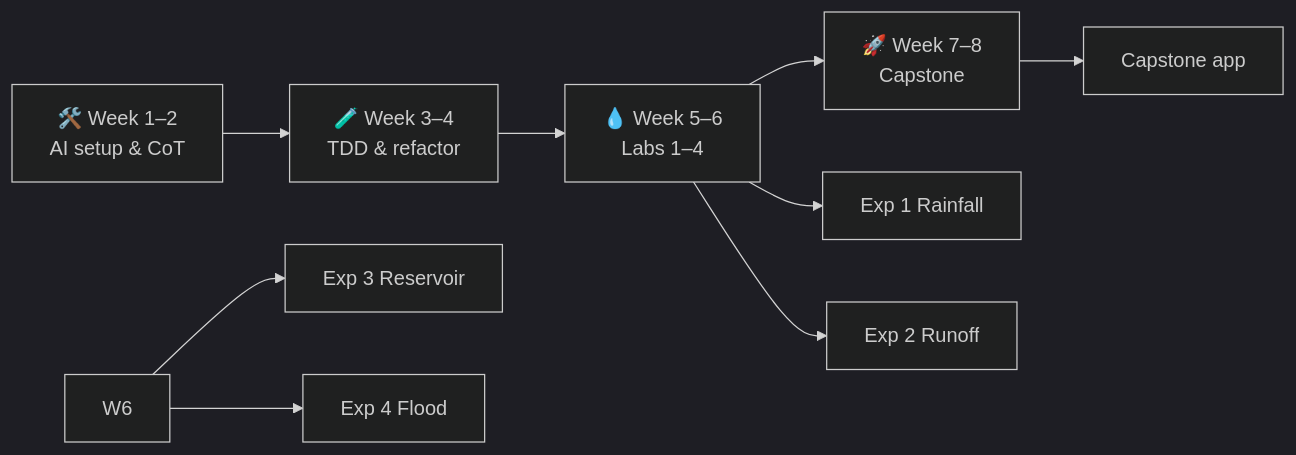
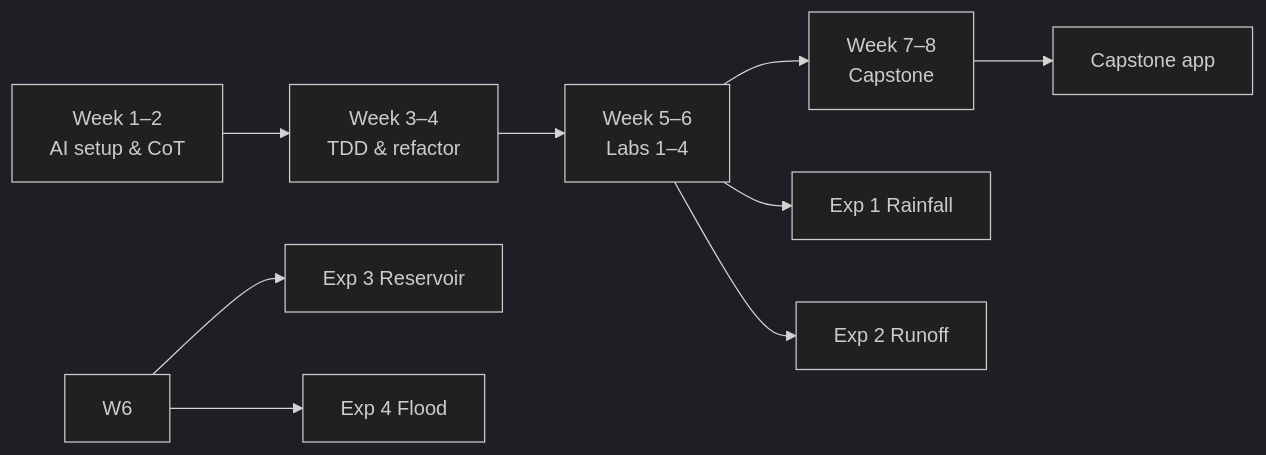
One commit to mahmud456alhasan-debug/smart-water-capstone changed the diagram in lab_reports/README.md. Above: the diagram before and after it, drawn with Mermaid (dark theme). The commit also changed other lines of this file and 3 other files, not shown here.

````diff
--- a/lab_reports/README.md
+++ b/lab_reports/README.md
@@ -46,13 +37,13 @@
 ```mermaid
 flowchart LR
-    W1["🛠️ Week 1–2<br/>AI setup & CoT"]
-    W3["🧪 Week 3–4<br/>TDD & refactor"]
-    W5["💧 Week 5–6<br/>Labs 1–4"]
-    W7["🚀 Week 7–8<br/>Capstone"]
+    W1["Week 1–2<br/>AI setup & CoT"]
+    W3["Week 3–4<br/>TDD & refactor"]
+    W5["Week 5–6<br/>Labs 1–4"]
+    W7["Week 7–8<br/>Capstone"]
     W1 --> W3 --> W5 --> W7
     W5 --> E1["Exp 1 Rainfall"]
     W5 --> E2["Exp 2 Runoff"]
     W6 --> E3["Exp 3 Reservoir"]
     W6 --> E4["Exp 4 Flood"]
     W7 --> CAP["Capstone app"]
 ```
````
